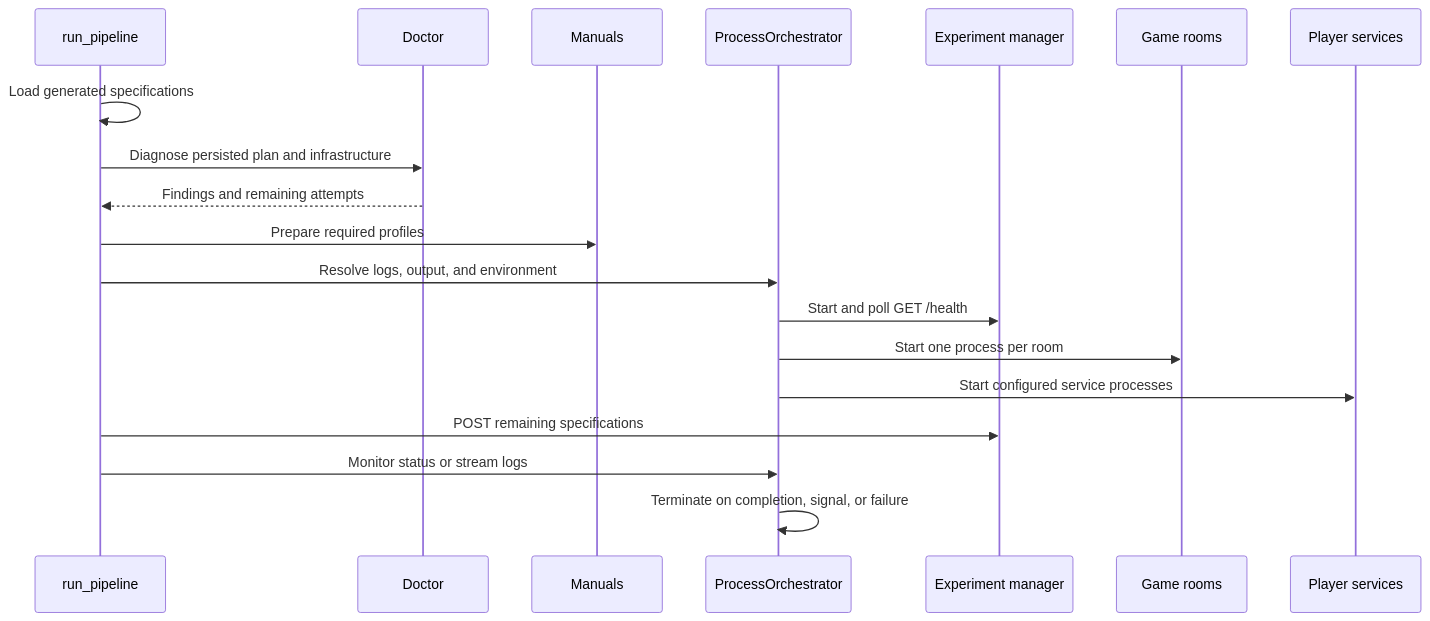
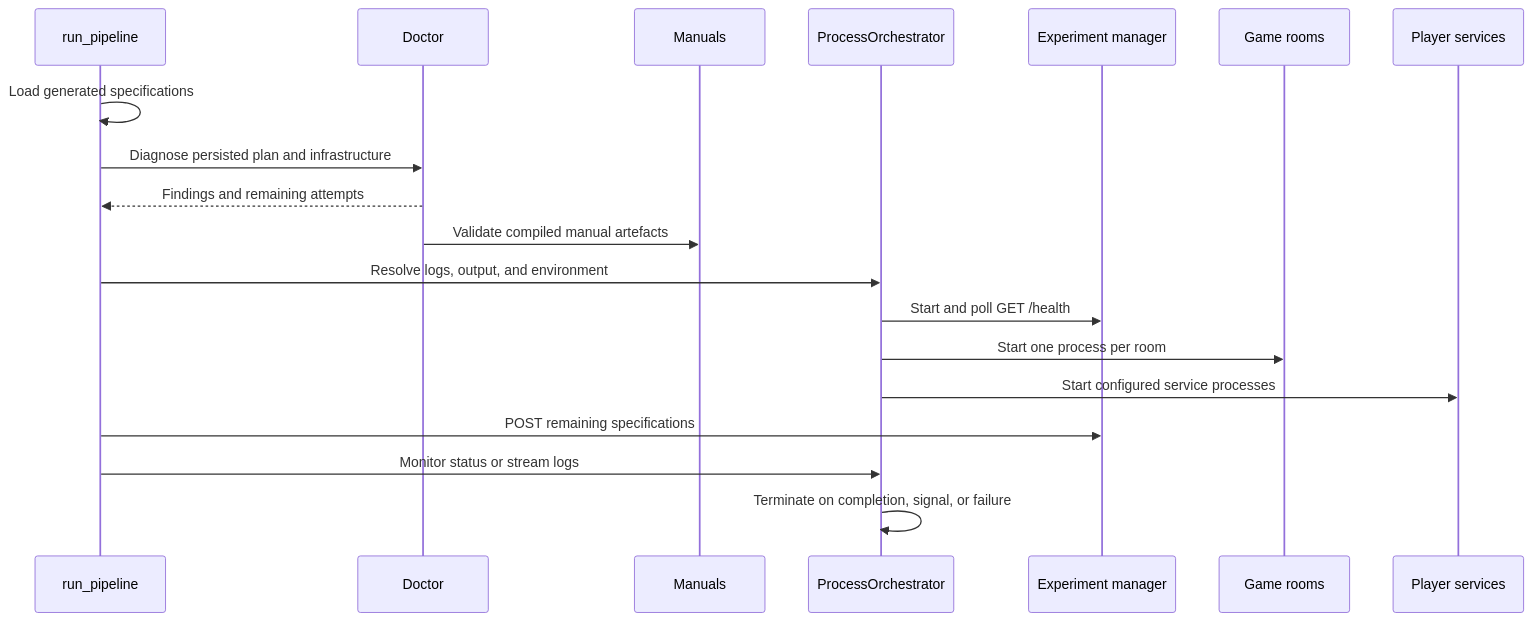
Before and after one commit to GPTNT/gptnt: the diagram in docs/reference/runtime/run-orchestration.md, drawn with Mermaid. The commit also changed other lines of this file and 46 other files, not shown here.

````diff
--- a/docs/reference/runtime/run-orchestration.md
+++ b/docs/reference/runtime/run-orchestration.md
@@ -18,22 +18,22 @@
 ```mermaid
 sequenceDiagram
     participant Run as run_pipeline
     participant Doctor
     participant Manuals
     participant Orch as ProcessOrchestrator
     participant EM as Experiment manager
     participant Rooms as Game rooms
     participant Players as Player services
 
     Run->>Run: Load generated specifications
     Run->>Doctor: Diagnose persisted plan and infrastructure
     Doctor-->>Run: Findings and remaining attempts
-    Run->>Manuals: Prepare required profiles
+    Doctor->>Manuals: Validate compiled manual artefacts
     Run->>Orch: Resolve logs, output, and environment
     Orch->>EM: Start and poll GET /health
     Orch->>Rooms: Start one process per room
     Orch->>Players: Start configured service processes
     Run->>EM: POST remaining specifications
     Run->>Orch: Monitor status or stream logs
     Orch->>Orch: Terminate on completion, signal, or failure
 ```
````
